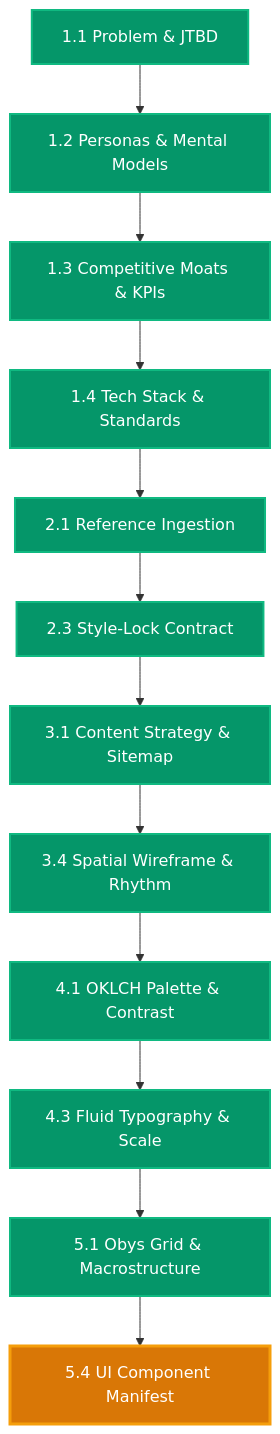
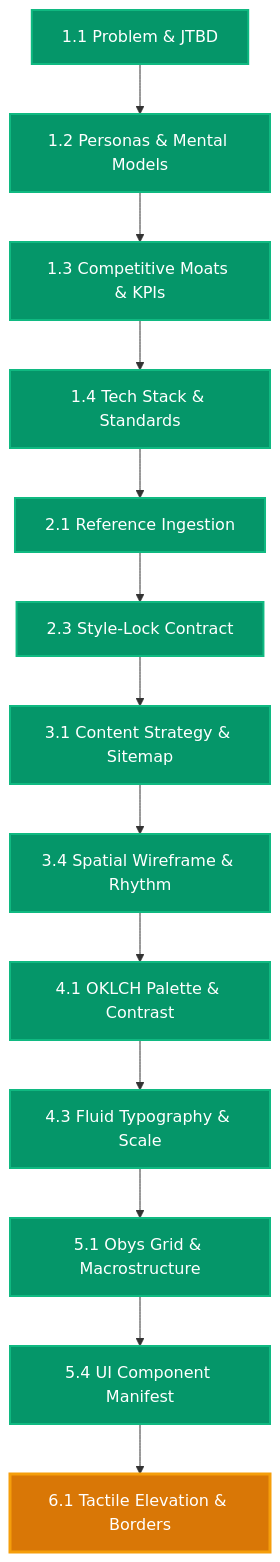
The diagram in RESUME.md (atinek-182/Vidya-Dham-Academy), drawn with Mermaid before and after one commit. The commit also changed other lines of this file and 6 other files, not shown here.

Commit message:
[EVOLVE]: Phase 5.4 UI component manifest and state matrix completed

````diff
--- a/RESUME.md
+++ b/RESUME.md
@@ -41,18 +41,19 @@
 ```mermaid
 graph TD
   P1_1["1.1 Problem & JTBD"]:::completed --> P1_2["1.2 Personas & Mental Models"]:::completed
   P1_2 --> P1_3["1.3 Competitive Moats & KPIs"]:::completed
   P1_3 --> P1_4["1.4 Tech Stack & Standards"]:::completed
   P1_4 --> P2_1["2.1 Reference Ingestion"]:::completed
   P2_1 --> P2_3["2.3 Style-Lock Contract"]:::completed
   P2_3 --> P3_1["3.1 Content Strategy & Sitemap"]:::completed
   P3_1 --> P3_4["3.4 Spatial Wireframe & Rhythm"]:::completed
   P3_4 --> P4_1["4.1 OKLCH Palette & Contrast"]:::completed
   P4_1 --> P4_3["4.3 Fluid Typography & Scale"]:::completed
   P4_3 --> P5_1["5.1 Obys Grid & Macrostructure"]:::completed
-  P5_1 --> P5_4["5.4 UI Component Manifest"]:::active
+  P5_1 --> P5_4["5.4 UI Component Manifest"]:::completed
+  P5_4 --> P6_1["6.1 Tactile Elevation & Borders"]:::active
 
   classDef completed fill:#059669,stroke:#10b981,color:#ffffff,stroke-width:2px;
   classDef active fill:#d97706,stroke:#f59e0b,color:#ffffff,stroke-width:3px;
   classDef pending fill:#1f2937,stroke:#374151,color:#9ca3af,stroke-width:1px;
 ```
````
